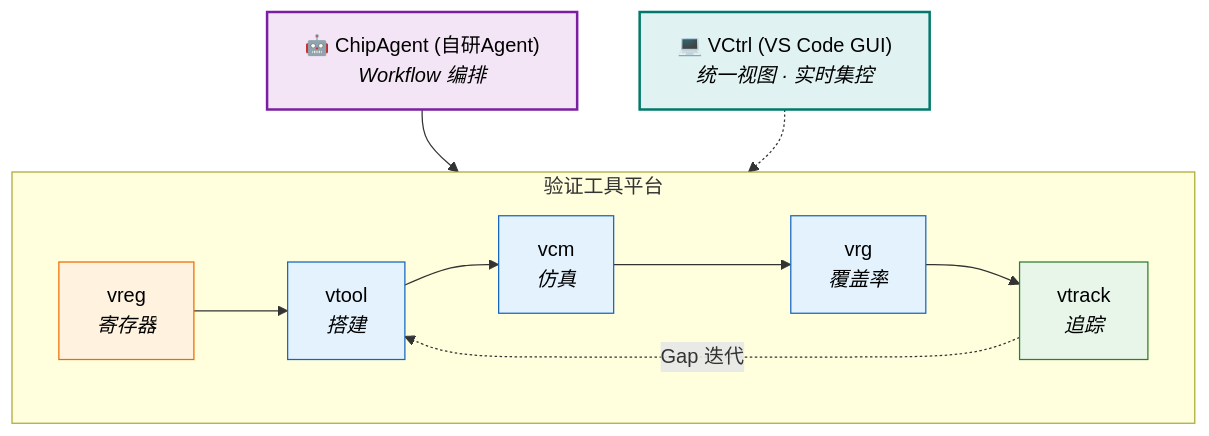
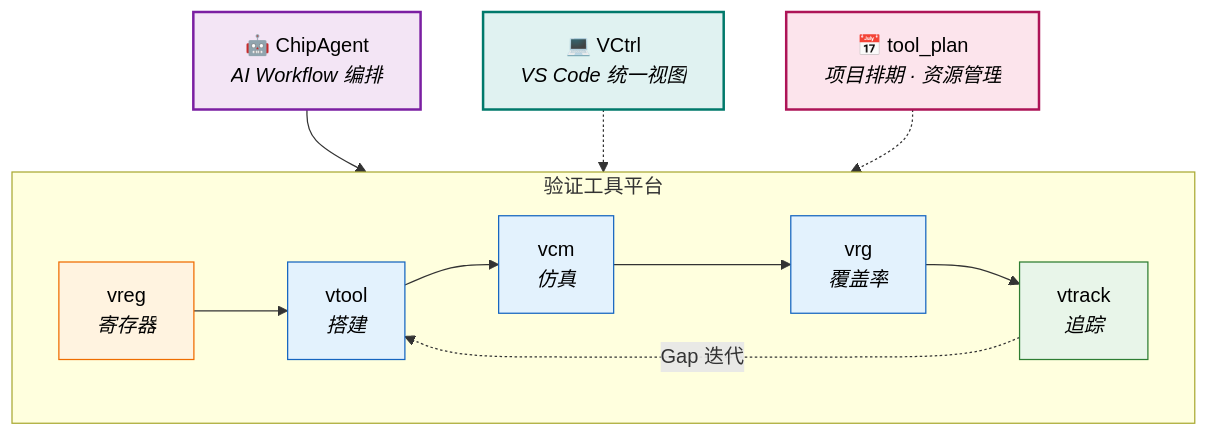
Before and after one commit to Johnmc104/Johnmc104: the second of 3 diagrams in README.md, drawn with Mermaid. The commit also changed other lines of this file, not shown here.

````diff
--- a/README.md
+++ b/README.md
@@ -101,28 +100,32 @@
 ```mermaid
 flowchart TD
-    CA["🤖 ChipAgent (自研Agent)<br/><i>Workflow 编排</i>"]:::agent
+    CA["🤖 ChipAgent<br/><i>AI Workflow 编排</i>"]:::agent
 
     CA --> Platform
 
     subgraph Platform["验证工具平台"]
         direction LR
         vreg["vreg<br/><i>寄存器</i>"]:::reg
         vtool["vtool<br/><i>搭建</i>"]:::tool
         vcm["vcm<br/><i>仿真</i>"]:::tool
         vrg["vrg<br/><i>覆盖率</i>"]:::tool
         vtrack["vtrack<br/><i>追踪</i>"]:::track
-        
+
         vreg --> vtool --> vcm --> vrg --> vtrack
     end
-    
-    vctrl["💻 VCtrl (VS Code GUI)<br/><i>统一视图 · 实时集控</i>"]:::gui
+
+    vctrl["💻 VCtrl<br/><i>VS Code 统一视图</i>"]:::gui
+    tplan["📅 tool_plan<br/><i>项目排期 · 资源管理</i>"]:::plan
+
     vctrl -.-> Platform
+    tplan -.-> Platform
 
     vtrack -. "Gap 迭代" .-> vtool
 
     classDef agent fill:#f3e5f5,stroke:#7b1fa2,stroke-width:2px,color:#000
     classDef reg fill:#fff3e0,stroke:#ef6c00,color:#000
     classDef tool fill:#e3f2fd,stroke:#1565c0,color:#000
     classDef track fill:#e8f5e9,stroke:#2e7d32,color:#000
     classDef gui fill:#e0f2f1,stroke:#00796b,stroke-width:2px,color:#000
+    classDef plan fill:#fce4ec,stroke:#ad1457,stroke-width:2px,color:#000
 ```
````
